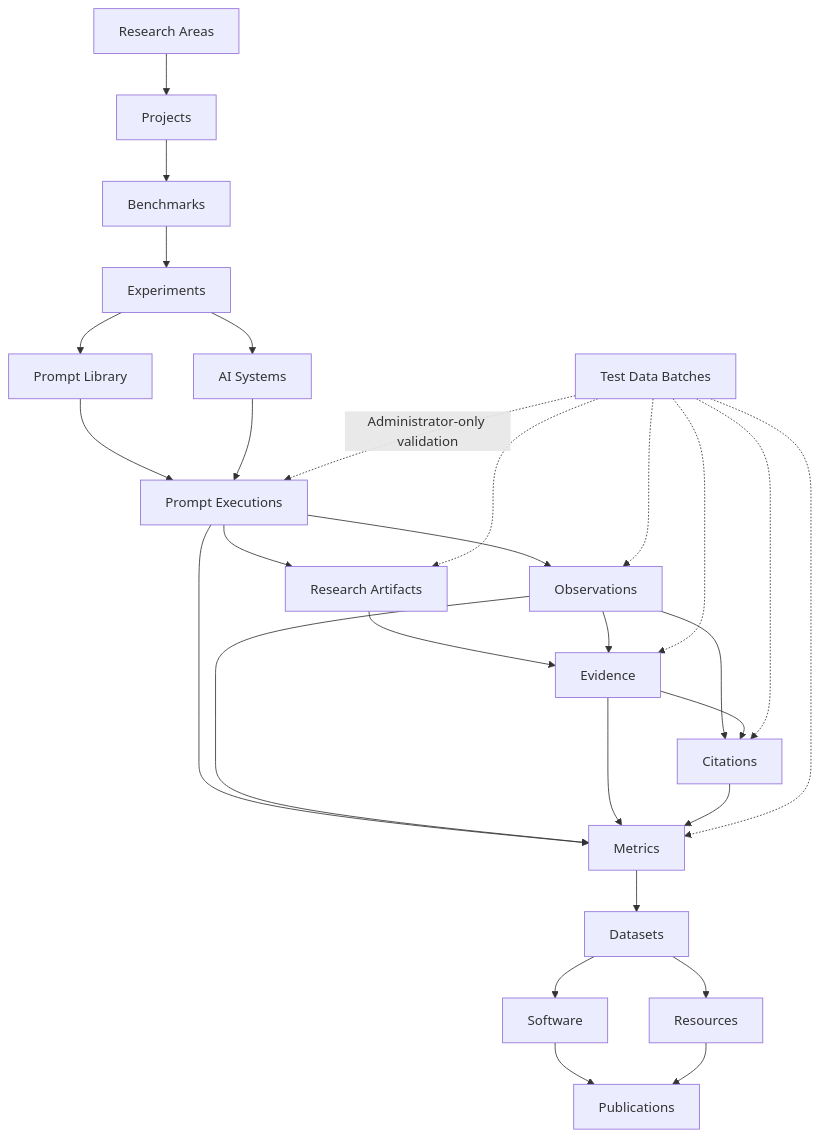
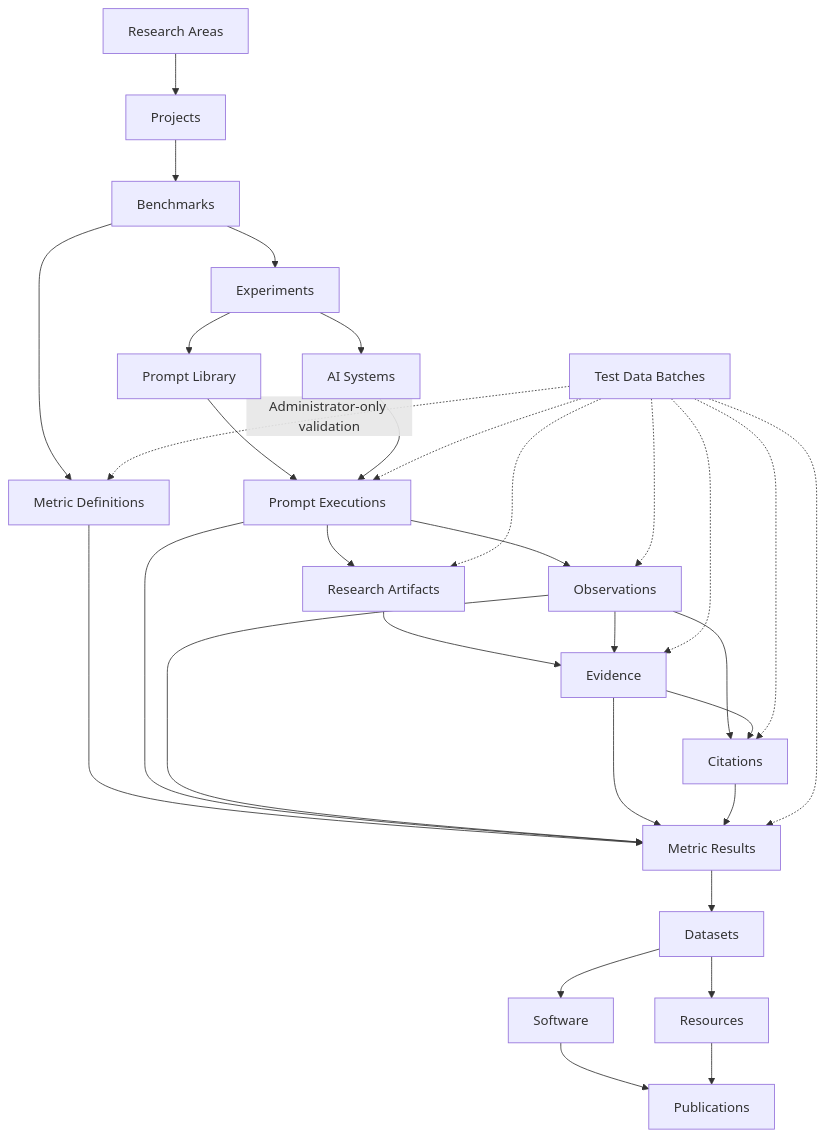
The diagram in README.md (gslhub/website), drawn with Mermaid before and after one commit. The commit also changed other lines of this file, not shown here.

Commit message:
docs: update English README for metric governance readiness

````diff
--- a/README.md
+++ b/README.md
@@ -85,36 +86,39 @@
 ```mermaid
 flowchart TD
     A[Research Areas] --> B[Projects]
     B --> C[Benchmarks]
     C --> D[Experiments]
+    C --> MD[Metric Definitions]
 
     D --> E[Prompt Library]
     D --> F[AI Systems]
     E --> G[Prompt Executions]
     F --> G
 
     G --> H[Observations]
     G --> I[Research Artifacts]
     I --> J[Evidence]
     H --> J
     H --> K[Citations]
     J --> K
 
-    G --> L[Metrics]
+    MD --> L[Metric Results]
+    G --> L
     H --> L
     J --> L
     K --> L
 
     L --> M[Datasets]
     M --> N[Software]
     M --> O[Resources]
     N --> P[Publications]
     O --> P
 
-    T[Test Data Batches] -. Administrator-only validation .-> G
+    T[Test Data Batches] -. Administrator-only validation .-> MD
+    T -.-> G
     T -.-> H
     T -.-> I
     T -.-> J
     T -.-> K
     T -.-> L
 ```
````
